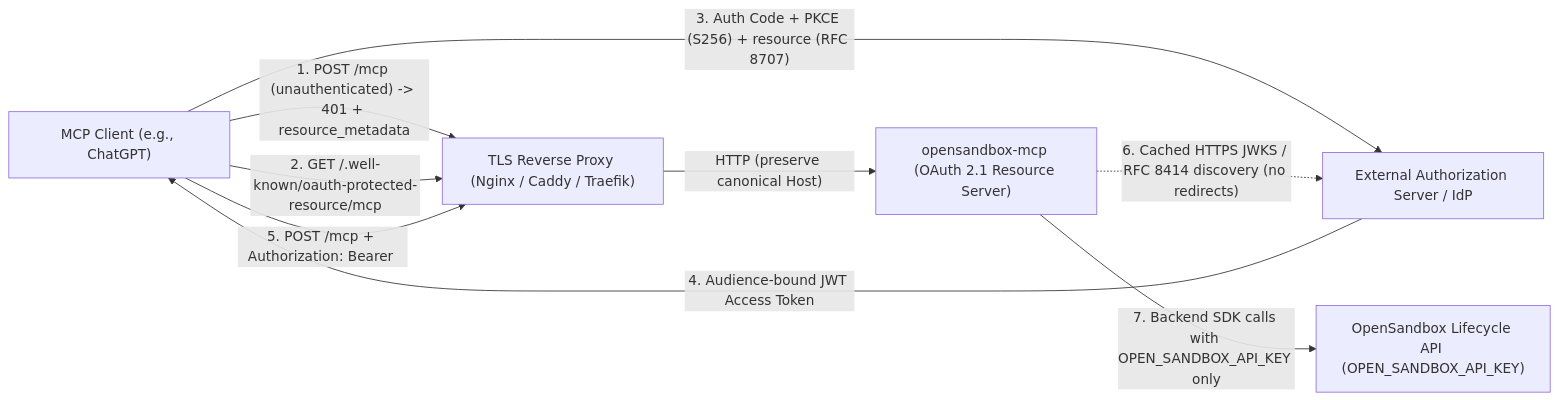
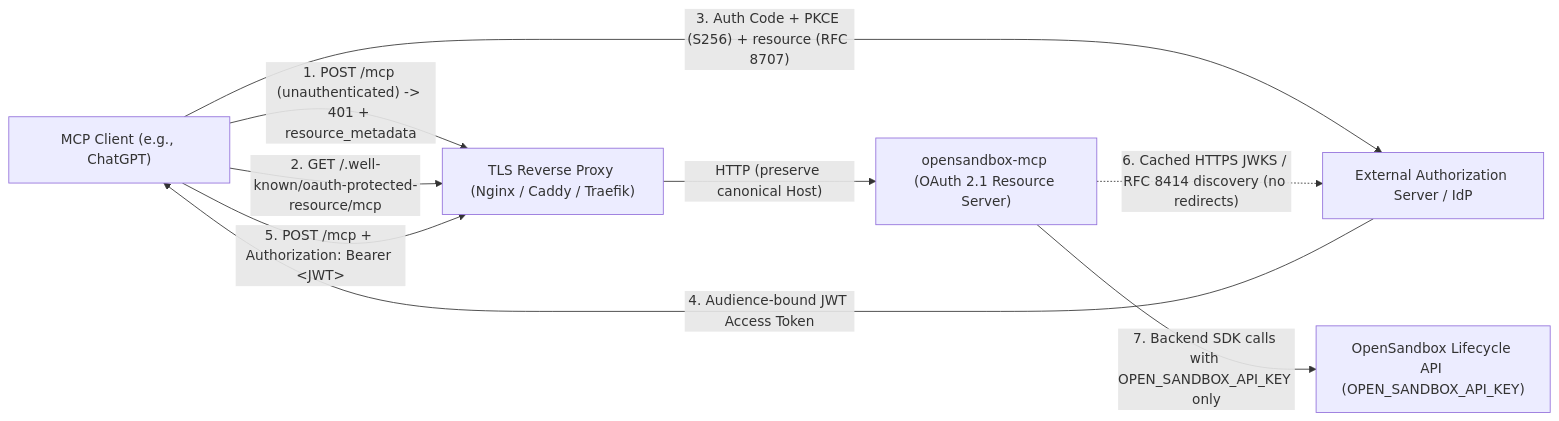
The diagram in docs/sdks/mcp.md (opensandbox-group/OpenSandbox), drawn with Mermaid before and after one commit. The commit also changed other lines of this file and 9 other files, not shown here.

````diff
--- a/docs/sdks/mcp.md
+++ b/docs/sdks/mcp.md
@@ -78,17 +78,17 @@
 ```mermaid
 flowchart LR
     Client["MCP Client (e.g., ChatGPT)"]
     AS["External Authorization Server / IdP"]
     Proxy["TLS Reverse Proxy (Nginx / Caddy / Traefik)"]
     MCP["opensandbox-mcp (OAuth 2.1 Resource Server)"]
     API["OpenSandbox Lifecycle API (OPEN_SANDBOX_API_KEY)"]
 
     Client -->|"1. POST /mcp (unauthenticated) -> 401 + resource_metadata"| Proxy
     Proxy -->|"HTTP (preserve canonical Host)"| MCP
     Client -->|"2. GET /.well-known/oauth-protected-resource/mcp"| Proxy
     Client -->|"3. Auth Code + PKCE (S256) + resource (RFC 8707)"| AS
     AS -->|"4. Audience-bound JWT Access Token"| Client
-    Client -->|"5. POST /mcp + Authorization: Bearer <JWT>"| Proxy
+    Client -->|"5. POST /mcp + Authorization: Bearer &lt;JWT&gt;"| Proxy
     MCP -.->|"6. Cached HTTPS JWKS / RFC 8414 discovery (no redirects)"| AS
     MCP -->|"7. Backend SDK calls with OPEN_SANDBOX_API_KEY only"| API
 ```
````
